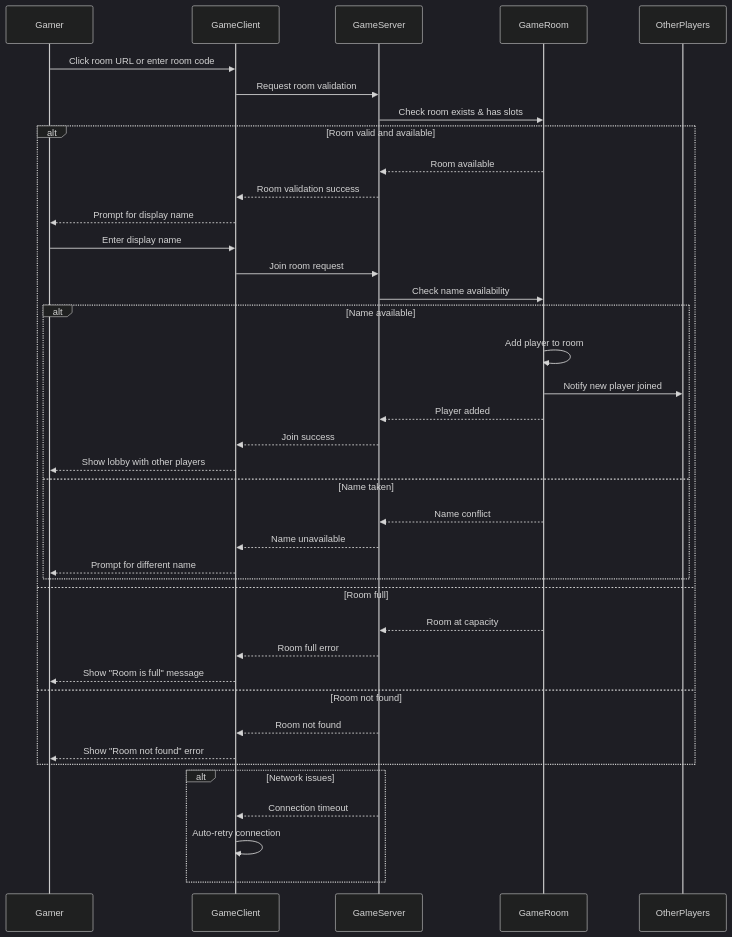
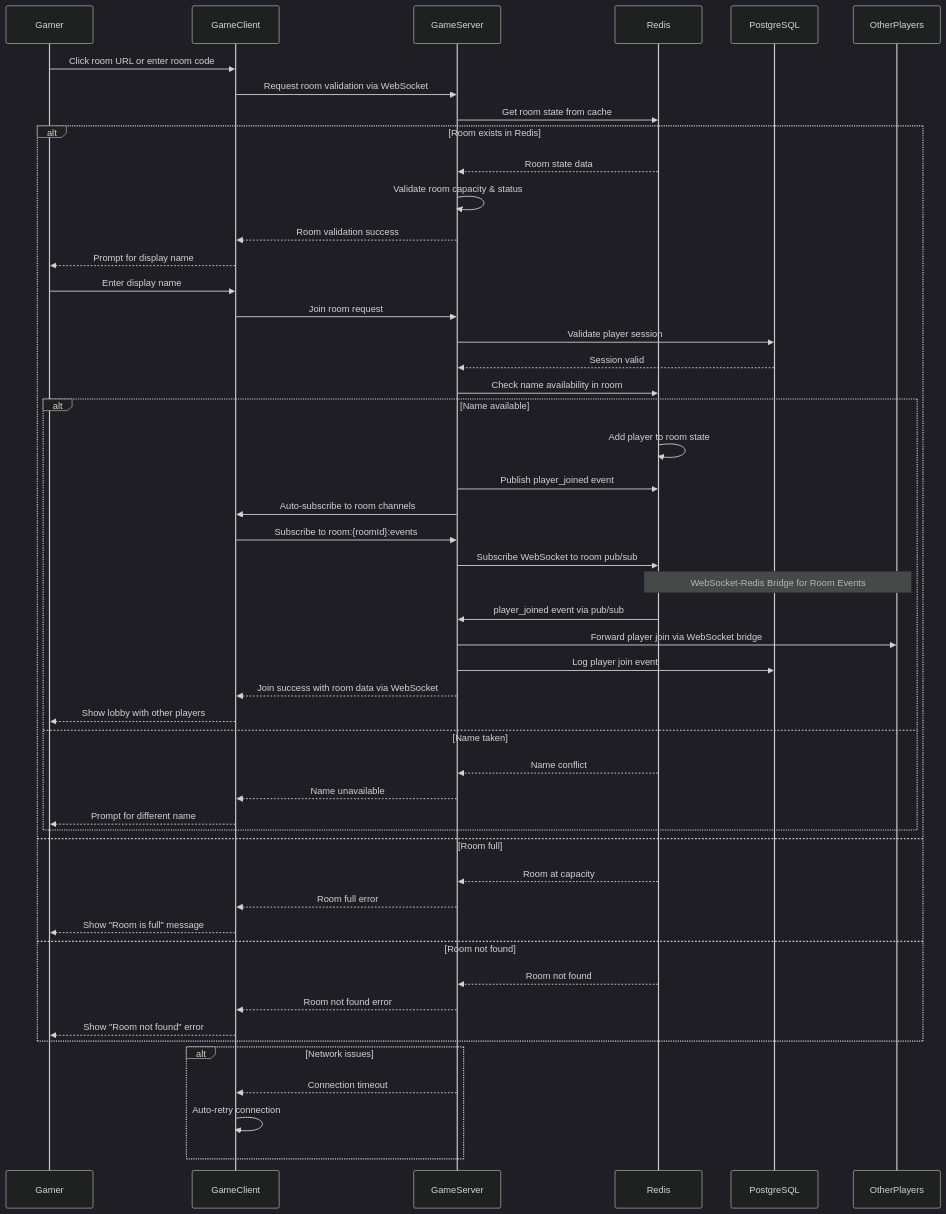
Before and after one commit to alexmakeev/bomberman: the diagram in docs/sequence-diagrams/gamer/uc-g001-join-game-room.md, drawn with Mermaid (dark theme). The commit also changed 25 other files, not shown here.

First line of the commit message:
Implement unified event system architecture for maximum code reuse

````diff
--- a/docs/sequence-diagrams/gamer/uc-g001-join-game-room.md
+++ b/docs/sequence-diagrams/gamer/uc-g001-join-game-room.md
@@ -3,46 +3,58 @@
 ```mermaid
 sequenceDiagram
     participant Gamer
     participant GameClient
     participant GameServer
-    participant GameRoom
+    participant Redis
+    participant PostgreSQL
     participant OtherPlayers
 
     Gamer->>GameClient: Click room URL or enter room code
-    GameClient->>GameServer: Request room validation
-    GameServer->>GameRoom: Check room exists & has slots
+    GameClient->>GameServer: Request room validation via WebSocket
+    GameServer->>Redis: Get room state from cache
     
-    alt Room valid and available
-        GameRoom-->>GameServer: Room available
+    alt Room exists in Redis
+        Redis-->>GameServer: Room state data
+        GameServer->>GameServer: Validate room capacity & status
         GameServer-->>GameClient: Room validation success
         GameClient-->>Gamer: Prompt for display name
         
         Gamer->>GameClient: Enter display name
         GameClient->>GameServer: Join room request
-        GameServer->>GameRoom: Check name availability
+        GameServer->>PostgreSQL: Validate player session
+        PostgreSQL-->>GameServer: Session valid
+        GameServer->>Redis: Check name availability in room
         
         alt Name available
-            GameRoom->>GameRoom: Add player to room
-            GameRoom->>OtherPlayers: Notify new player joined
-            GameRoom-->>GameServer: Player added
-            GameServer-->>GameClient: Join success
+            Redis->>Redis: Add player to room state
+            GameServer->>Redis: Publish player_joined event
+            GameServer->>GameClient: Auto-subscribe to room channels
+            GameClient->>GameServer: Subscribe to room:{roomId}:events
+            GameServer->>Redis: Subscribe WebSocket to room pub/sub
+            
+            Note over Redis,OtherPlayers: WebSocket-Redis Bridge for Room Events
+            Redis->>GameServer: player_joined event via pub/sub
+            GameServer->>OtherPlayers: Forward player join via WebSocket bridge
+            GameServer->>PostgreSQL: Log player join event
+            GameServer-->>GameClient: Join success with room data via WebSocket
             GameClient-->>Gamer: Show lobby with other players
         else Name taken
-            GameRoom-->>GameServer: Name conflict
+            Redis-->>GameServer: Name conflict
             GameServer-->>GameClient: Name unavailable
             GameClient-->>Gamer: Prompt for different name
         end
     else Room full
-        GameRoom-->>GameServer: Room at capacity
+        Redis-->>GameServer: Room at capacity
         GameServer-->>GameClient: Room full error
         GameClient-->>Gamer: Show "Room is full" message
     else Room not found
-        GameServer-->>GameClient: Room not found
+        Redis-->>GameServer: Room not found
+        GameServer-->>GameClient: Room not found error
         GameClient-->>Gamer: Show "Room not found" error
     end
 
     alt Network issues
         GameServer-->>GameClient: Connection timeout
         GameClient->>GameClient: Auto-retry connection
     end
 ```
````
